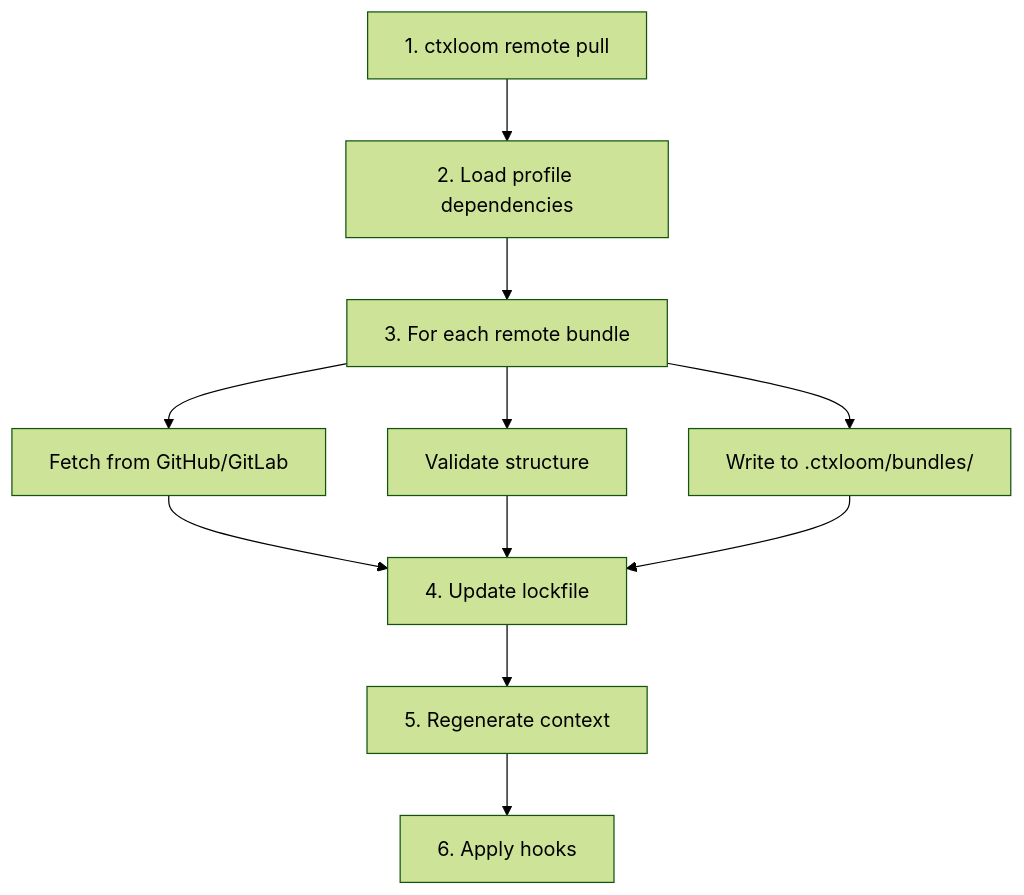
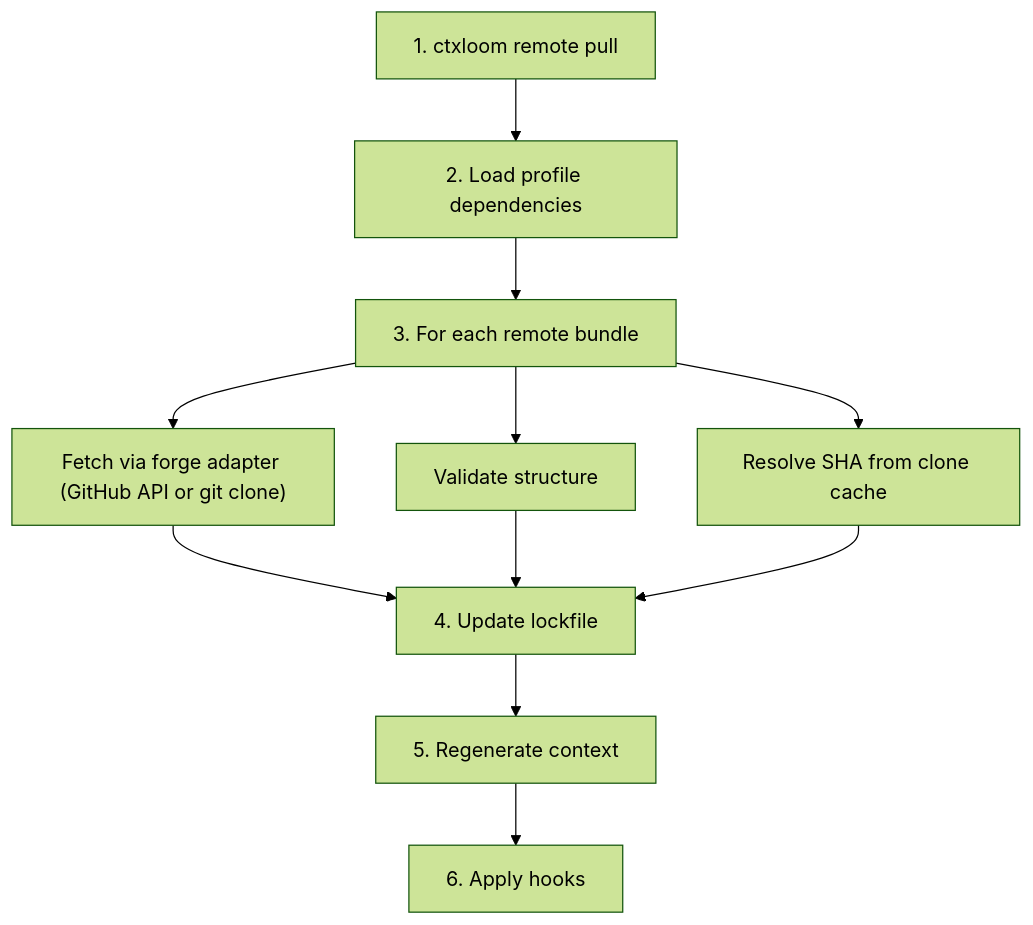
The fourth of 4 diagrams in website/src/content/docs/concepts/architecture.md (ctxloom/ctxloom), drawn with Mermaid (forest theme) before and after one commit. The commit also changed other lines of this file and 282 other files, not shown here.

````diff
--- a/website/src/content/docs/concepts/architecture.md
+++ b/website/src/content/docs/concepts/architecture.md
@@ -148,13 +160,13 @@
 ```mermaid
 flowchart TD
     A["1. ctxloom remote pull"] --> B["2. Load profile dependencies"]
     B --> C["3. For each remote bundle"]
-    C --> D["Fetch from GitHub/GitLab"]
+    C --> D["Fetch via forge adapter (GitHub API or git clone)"]
     C --> E["Validate structure"]
-    C --> F["Write to .ctxloom/bundles/"]
+    C --> F["Resolve SHA from clone cache"]
     D --> G["4. Update lockfile"]
     E --> G
     F --> G
     G --> H["5. Regenerate context"]
     H --> I["6. Apply hooks"]
 ```
````
